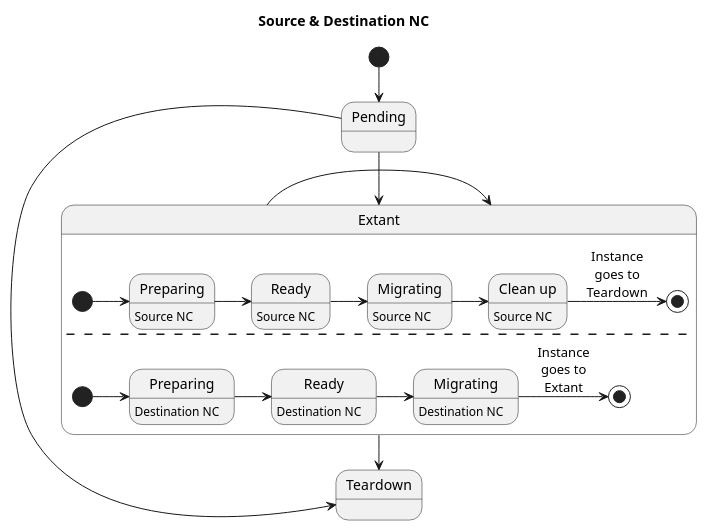
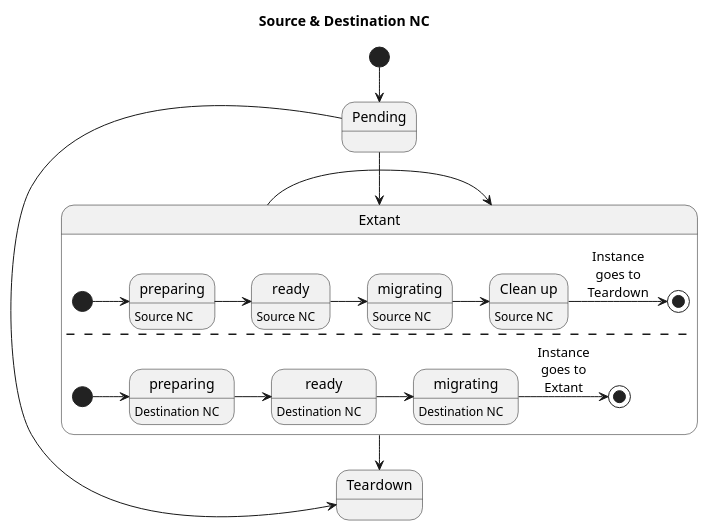
One commit to eucalyptus/architecture changed the diagram in features/maintenance-mode/3.3/migration-nc-instance-state-machines.puml. Above: the diagram before and after it, drawn with PlantUML. The commit also changed 2 other files, not shown here.

```diff
--- a/features/maintenance-mode/3.3/migration-nc-instance-state-machines.puml
+++ b/features/maintenance-mode/3.3/migration-nc-instance-state-machines.puml
@@ -1,35 +1,35 @@
 @startuml
   title Source & Destination NC
   left to right direction 
   [*] -> Pending
   Pending -> Extant
   Pending -> Teardown
   Extant -> Teardown
   Extant -> Extant
   state Extant {
-    state "Preparing" as PreparingSource 
-    PreparingSource : Source NC
-    state "Migrating" as MigratingSource 
-    MigratingSource : Source NC
-    state "Ready" as ReadySource 
-    ReadySource : Source NC
-    state "Clean up" as Cleanup
-    Cleanup : Source NC
-    [*] -down-> PreparingSource
-    PreparingSource -down-> ReadySource
-    ReadySource -down-> MigratingSource
-    MigratingSource -down-> Cleanup
-    Cleanup -down-> [*] : Instance\ngoes to\nTeardown
+    state "preparing" as preparingSource 
+    preparingSource : Source NC
+    state "migrating" as migratingSource 
+    migratingSource : Source NC
+    state "ready" as readySource 
+    readySource : Source NC
+    state "Clean up" as cleanup
+    cleanup : Source NC
+    [*] -down-> preparingSource
+    preparingSource -down-> readySource
+    readySource -down-> migratingSource
+    migratingSource -down-> cleanup
+    cleanup -down-> [*] : Instance\ngoes to\nTeardown
     --
-    state "Preparing" as PreparingDest
-    PreparingDest : Destination NC
-    state "Migrating" as MigratingDest
-    MigratingDest : Destination NC
-    state "Ready" as ReadyDest
-    ReadyDest : Destination NC
-    [*] -down-> PreparingDest
-    PreparingDest -down-> ReadyDest
-    ReadyDest -down-> MigratingDest
-    MigratingDest -down-> [*] : Instance\ngoes to\nExtant
+    state "preparing" as preparingDest
+    preparingDest : Destination NC
+    state "migrating" as migratingDest
+    migratingDest : Destination NC
+    state "ready" as readyDest
+    readyDest : Destination NC
+    [*] -down-> preparingDest
+    preparingDest -down-> readyDest
+    readyDest -down-> migratingDest
+    migratingDest -down-> [*] : Instance\ngoes to\nExtant
   }
 @enduml
```
